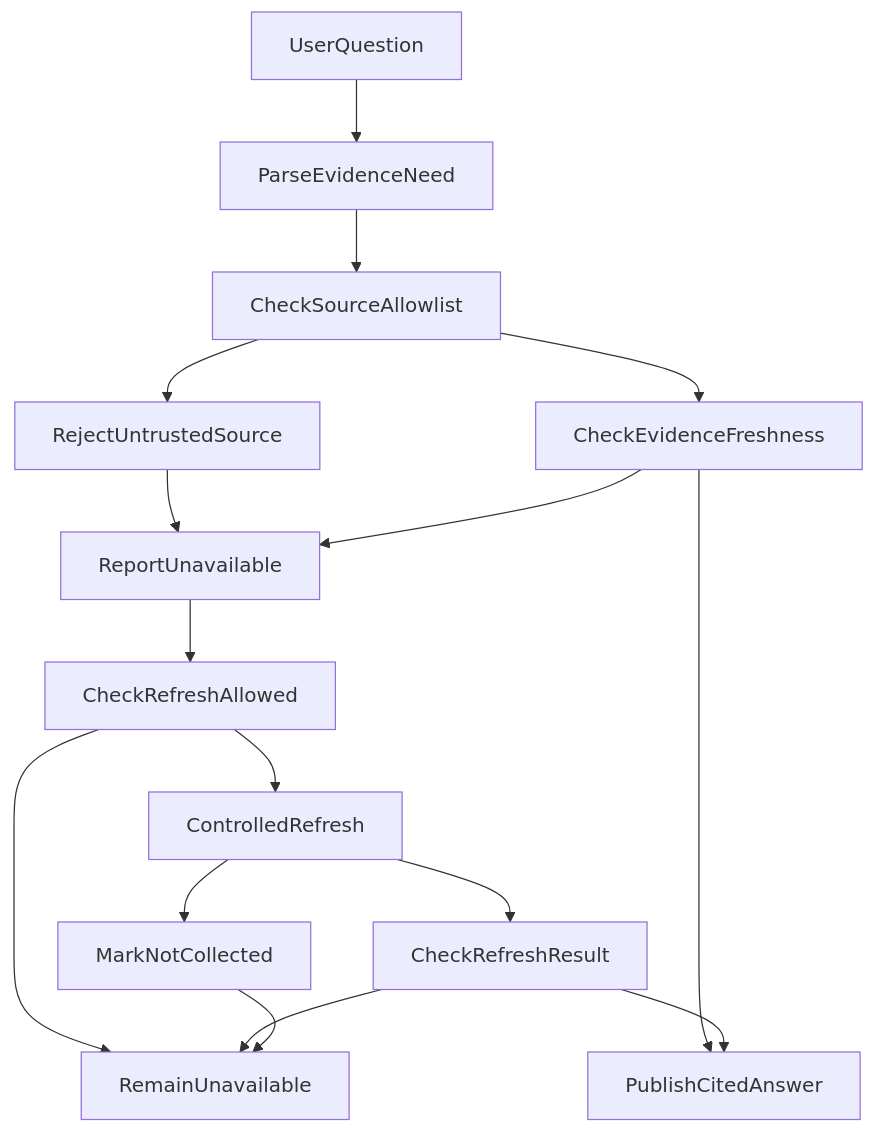
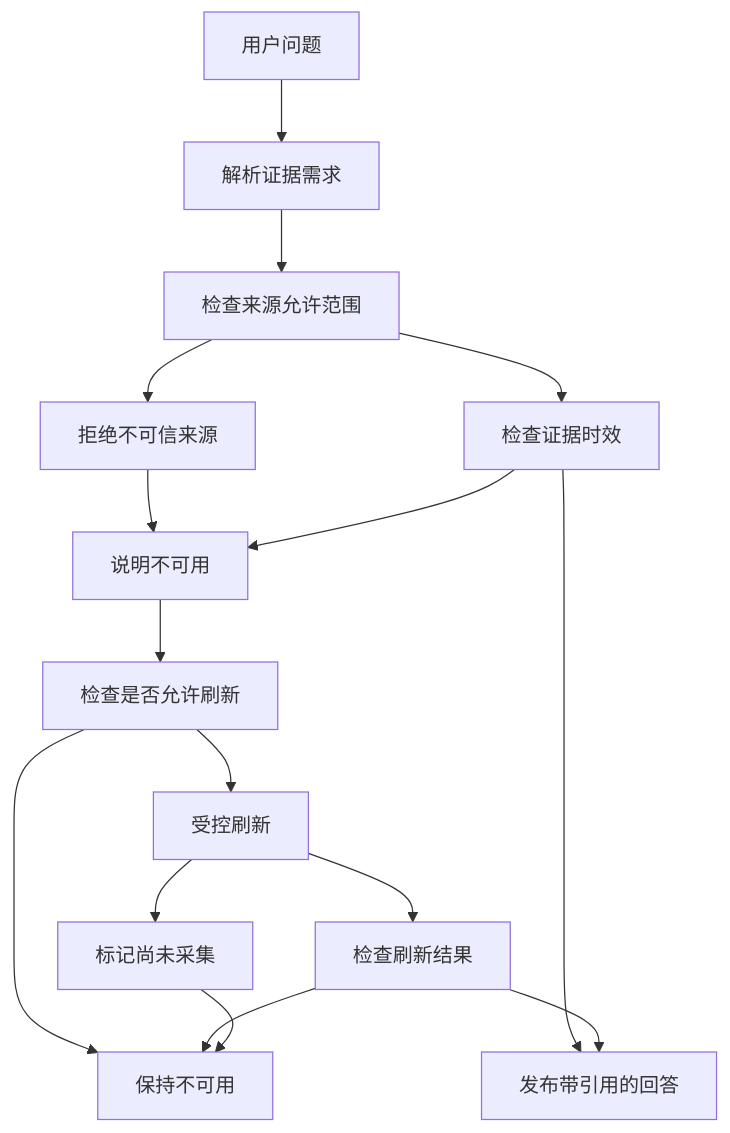
The second of 2 diagrams in articles/unavailable-is-correct.md (hpoenixf/eff-agent-article), drawn with Mermaid before and after one commit. The commit also changed other lines of this file and 52 other files, not shown here.

Commit message:
docs: localize diagrams and clarify flagship guides

````diff
--- a/articles/unavailable-is-correct.md
+++ b/articles/unavailable-is-correct.md
@@ -59,18 +59,18 @@
 ```mermaid
 graph TD
-UserQuestion --> ParseEvidenceNeed
-ParseEvidenceNeed --> CheckSourceAllowlist
-CheckSourceAllowlist --> RejectUntrustedSource
-RejectUntrustedSource --> ReportUnavailable
-CheckSourceAllowlist --> CheckEvidenceFreshness
+UserQuestion["用户问题"] --> ParseEvidenceNeed["解析证据需求"]
+ParseEvidenceNeed --> CheckSourceAllowlist["检查来源允许范围"]
+CheckSourceAllowlist --> RejectUntrustedSource["拒绝不可信来源"]
+RejectUntrustedSource --> ReportUnavailable["说明不可用"]
+CheckSourceAllowlist --> CheckEvidenceFreshness["检查证据时效"]
 CheckEvidenceFreshness --> ReportUnavailable
-CheckEvidenceFreshness --> PublishCitedAnswer
-ReportUnavailable --> CheckRefreshAllowed
-CheckRefreshAllowed --> RemainUnavailable
-CheckRefreshAllowed --> ControlledRefresh
-ControlledRefresh --> CheckRefreshResult
+CheckEvidenceFreshness --> PublishCitedAnswer["发布带引用的回答"]
+ReportUnavailable --> CheckRefreshAllowed["检查是否允许刷新"]
+CheckRefreshAllowed --> RemainUnavailable["保持不可用"]
+CheckRefreshAllowed --> ControlledRefresh["受控刷新"]
+ControlledRefresh --> CheckRefreshResult["检查刷新结果"]
 CheckRefreshResult --> PublishCitedAnswer
 CheckRefreshResult --> RemainUnavailable
-ControlledRefresh --> MarkNotCollected
+ControlledRefresh --> MarkNotCollected["标记尚未采集"]
 MarkNotCollected --> RemainUnavailable
 ```
````
